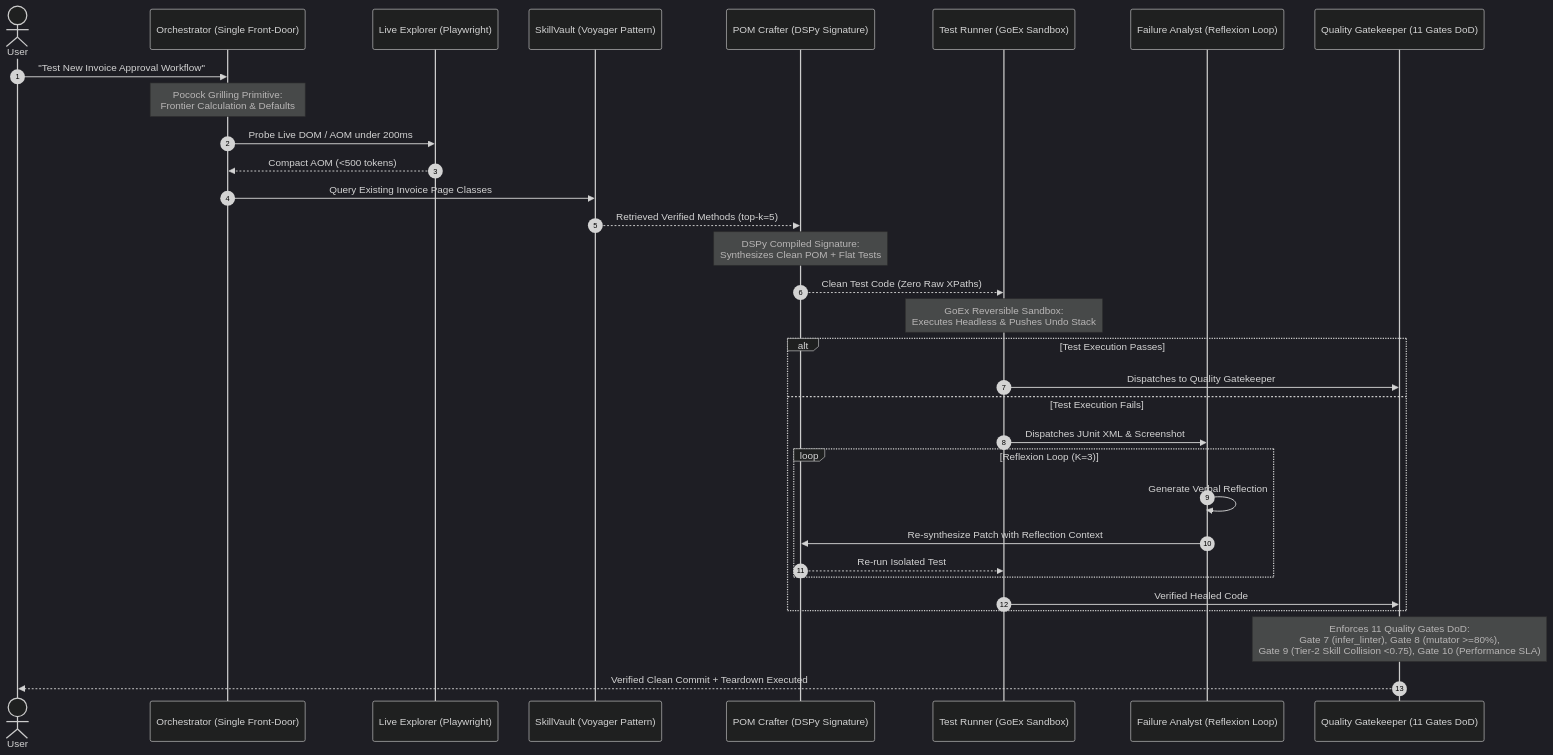
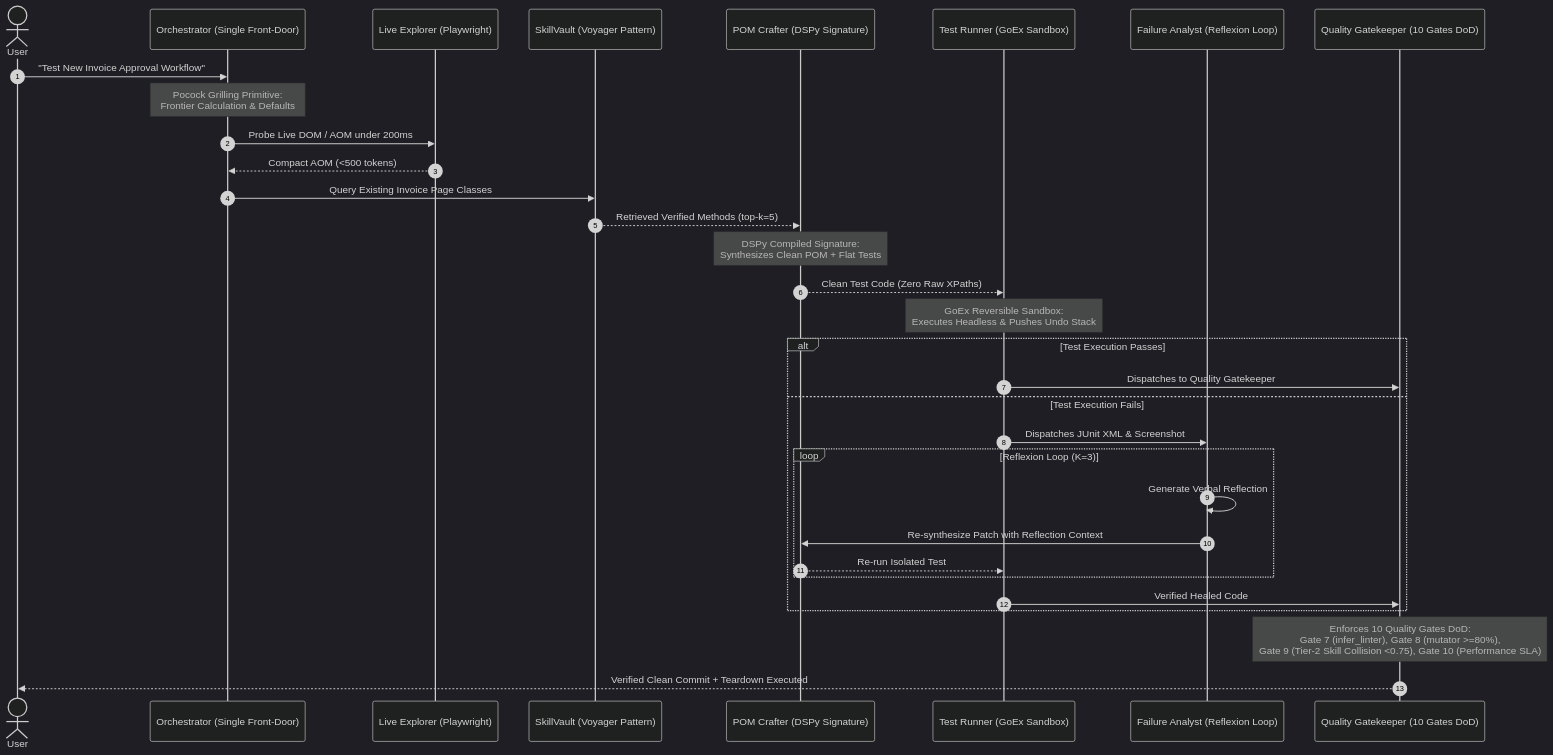
One commit to TeeVee98/Synapse-Hub changed the second of 2 diagrams in docs/research/agent_skill_training_analysis.md. Above: the diagram before and after it, drawn with Mermaid (dark theme). The commit also changed other lines of this file and 96 other files, not shown here.

Commit message:
refactor(quality-gates): standardize to 10 DoD Quality Gates and pre-flight integrity guard v3.8.3

````diff
--- a/docs/research/agent_skill_training_analysis.md
+++ b/docs/research/agent_skill_training_analysis.md
@@ -1233,35 +1232,35 @@
 ```mermaid
 sequenceDiagram
     autonumber
     actor User
     participant Orch as Orchestrator (Single Front-Door)
     participant Live as Live Explorer (Playwright)
     participant Vault as SkillVault (Voyager Pattern)
     participant Crafter as POM Crafter (DSPy Signature)
     participant Runner as Test Runner (GoEx Sandbox)
     participant Analyst as Failure Analyst (Reflexion Loop)
-    participant Gate as Quality Gatekeeper (11 Gates DoD)
+    participant Gate as Quality Gatekeeper (10 Gates DoD)
 
     User->>Orch: "Test New Invoice Approval Workflow"
     Note over Orch: Pocock Grilling Primitive:<br/>Frontier Calculation & Defaults
     Orch->>Live: Probe Live DOM / AOM under 200ms
     Live-->>Orch: Compact AOM (<500 tokens)
     Orch->>Vault: Query Existing Invoice Page Classes
     Vault-->>Crafter: Retrieved Verified Methods (top-k=5)
     Note over Crafter: DSPy Compiled Signature:<br/>Synthesizes Clean POM + Flat Tests
     Crafter-->>Runner: Clean Test Code (Zero Raw XPaths)
     Note over Runner: GoEx Reversible Sandbox:<br/>Executes Headless & Pushes Undo Stack
     alt Test Execution Passes
         Runner->>Gate: Dispatches to Quality Gatekeeper
     else Test Execution Fails
         Runner->>Analyst: Dispatches JUnit XML & Screenshot
         loop Reflexion Loop (K=3)
             Analyst->>Analyst: Generate Verbal Reflection
             Analyst->>Crafter: Re-synthesize Patch with Reflection Context
             Crafter-->>Runner: Re-run Isolated Test
         end
         Runner->>Gate: Verified Healed Code
     end
-    Note over Gate: Enforces 11 Quality Gates DoD:<br/>Gate 7 (infer_linter), Gate 8 (mutator >=80%),<br/>Gate 9 (Tier-2 Skill Collision <0.75), Gate 10 (Performance SLA)
+    Note over Gate: Enforces 10 Quality Gates DoD:<br/>Gate 7 (infer_linter), Gate 8 (mutator >=80%),<br/>Gate 9 (Tier-2 Skill Collision <0.75), Gate 10 (Performance SLA)
     Gate-->>User: Verified Clean Commit + Teardown Executed
 ```
````
